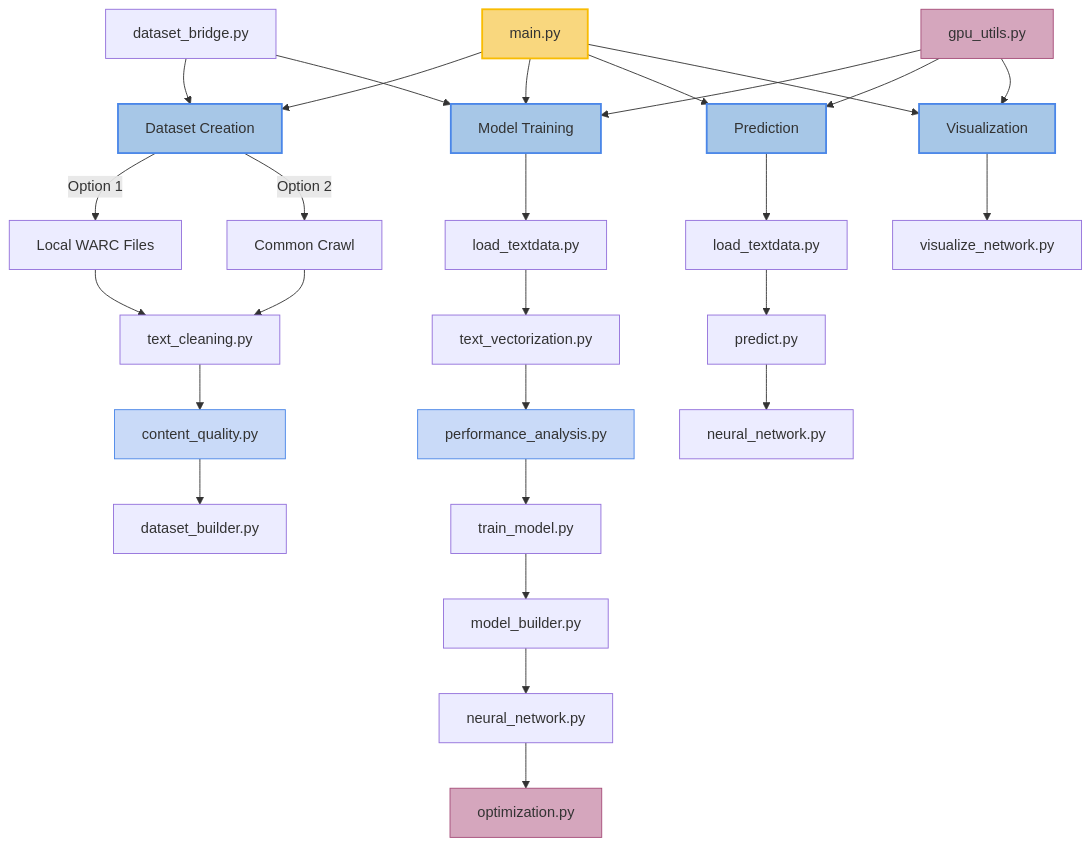
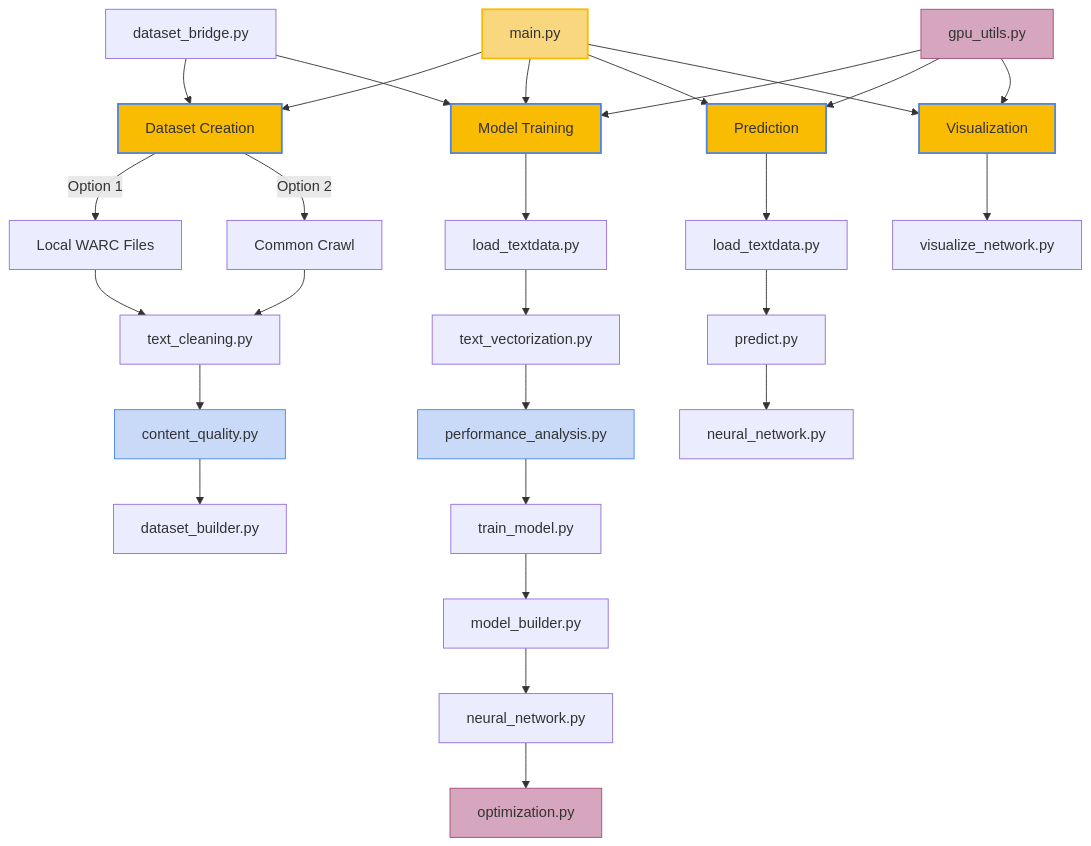
Before and after one commit to Ethan-LWT/NLP_project: the diagram in README.md, drawn with Mermaid.

````diff
--- a/README.md
+++ b/README.md
@@ -388,53 +388,53 @@
 ```mermaid
 graph TD
     %% Main Entry Points
     A[main.py] --> B1[Dataset Creation]
     A --> B2[Model Training]
     A --> B3[Prediction]
     A --> B4[Visualization]
     
     %% Dataset Creation Path
     B1 --> |Option 1| C1[Local WARC Files]
     B1 --> |Option 2| C2[Common Crawl]
     C1 --> D1[text_cleaning.py]
     C2 --> D1
     D1 --> E1[content_quality.py]
     E1 --> F1[dataset_builder.py]
     
     %% Model Training Path
     B2 --> C3[load_textdata.py]
     C3 --> D2[text_vectorization.py]
     D2 --> E2[performance_analysis.py]
     E2 --> F2[train_model.py]
     F2 --> G1[model_builder.py]
     G1 --> H1[neural_network.py]
     H1 --> I1[optimization.py]
     
     %% Prediction Path
     B3 --> C4[load_textdata.py]
     C4 --> D3[predict.py]
     D3 --> E3[neural_network.py]
     
     %% Visualization Path
     B4 --> C5[visualize_network.py]
     
     %% GPU Utilities
     J[gpu_utils.py] --> B2
     J --> B3
     J --> B4
     
     %% Dataset Bridge
     K[dataset_bridge.py] --> B1
     K --> B2
     
     %% Feature Highlights
     style A fill:#f9d77e,stroke:#f9bc02,stroke-width:2px
-    style B1 fill:#a7c7e7,stroke:#4a86e8,stroke-width:2px
-    style B2 fill:#a7c7e7,stroke:#4a86e8,stroke-width:2px
-    style B3 fill:#a7c7e7,stroke:#4a86e8,stroke-width:2px
-    style B4 fill:#a7c7e7,stroke:#4a86e8,stroke-width:2px
+    style B1 fill:#f9bc02,stroke:#4a86e8,stroke-width:2px
+    style B2 fill:#f9bc02,stroke:#4a86e8,stroke-width:2px
+    style B3 fill:#f9bc02,stroke:#4a86e8,stroke-width:2px
+    style B4 fill:#f9bc02,stroke:#4a86e8,stroke-width:2px
     style E1 fill:#c9daf8,stroke:#4a86e8,stroke-width:1px
     style E2 fill:#c9daf8,stroke:#4a86e8,stroke-width:1px
     style I1 fill:#d5a6bd,stroke:#a64d79,stroke-width:1px
     style J fill:#d5a6bd,stroke:#a64d79,stroke-width:1px
 ```
````
